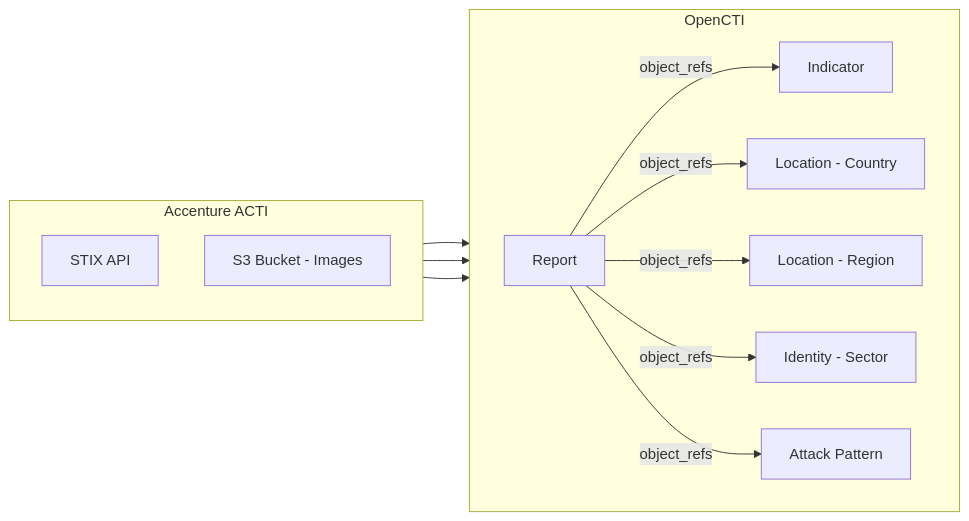
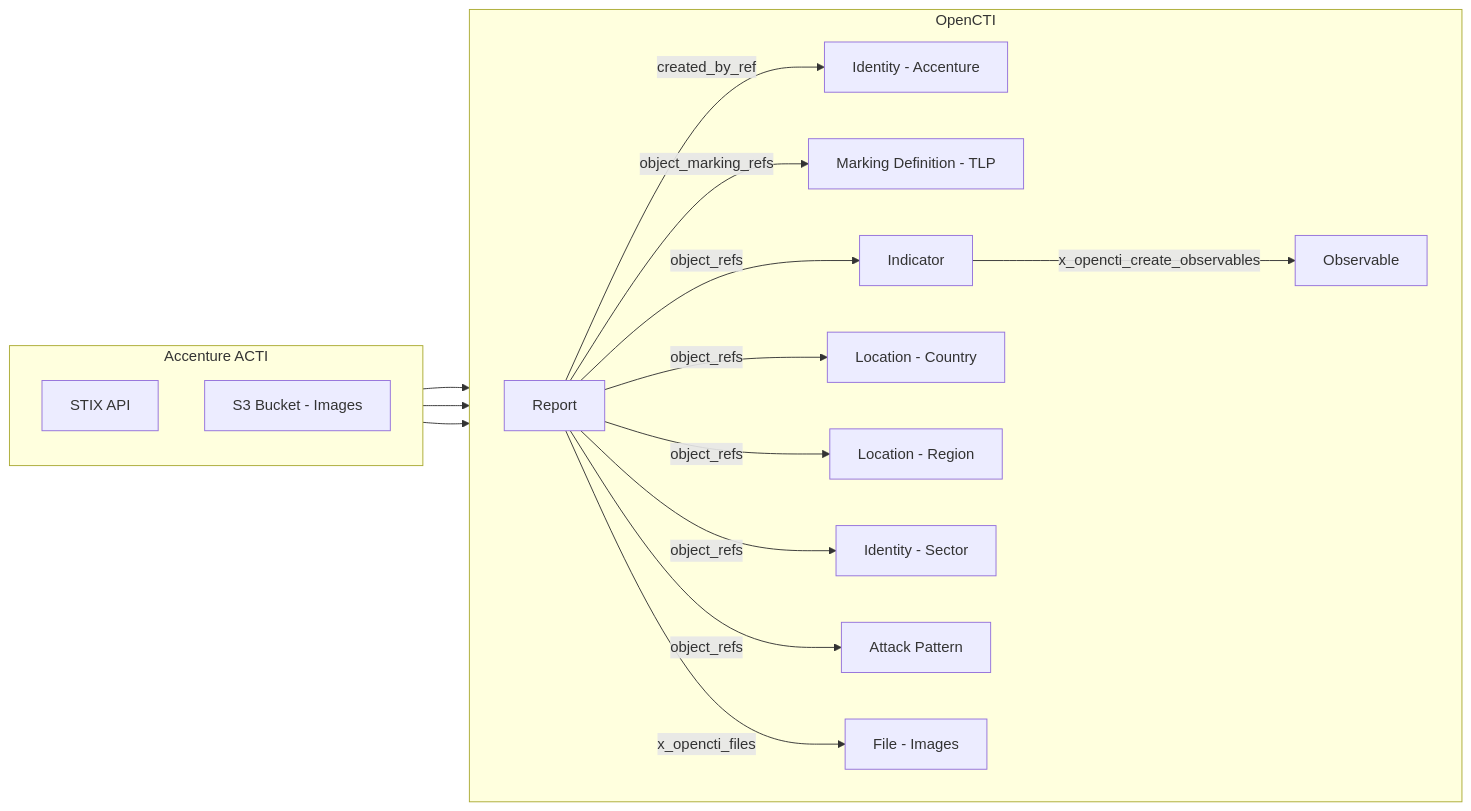
Before and after one commit to OpenCTI-Platform/connectors: the diagram in external-import/accenture-acti/README.md, drawn with Mermaid. The commit also changed other lines of this file and 30 other files, not shown here.

````diff
--- a/external-import/accenture-acti/README.md
+++ b/external-import/accenture-acti/README.md
@@ -151,27 +151,35 @@
 ```mermaid
 graph LR
     subgraph Accenture ACTI
         direction TB
         API[STIX API]
         S3[S3 Bucket - Images]
     end
 
     subgraph OpenCTI
         direction LR
+        Identity[Identity - Accenture]
+        Marking[Marking Definition - TLP]
         Report[Report]
         Indicator[Indicator]
+        Observable[Observable]
         Country[Location - Country]
         Region[Location - Region]
         Sector[Identity - Sector]
         AttackPattern[Attack Pattern]
+        File[File - Images]
     end
 
     API --> Report
     API --> Indicator
-    S3 --> Report
+    S3 --> File
+    Report -- created_by_ref --> Identity
+    Report -- object_marking_refs --> Marking
     Report -- object_refs --> Indicator
     Report -- object_refs --> Country
     Report -- object_refs --> Region
     Report -- object_refs --> Sector
     Report -- object_refs --> AttackPattern
+    Report -- x_opencti_files --> File
+    Indicator -- x_opencti_create_observables --> Observable
 ```
````
